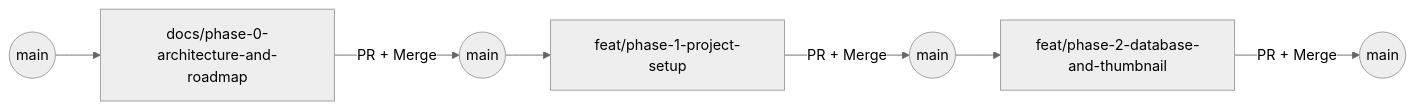
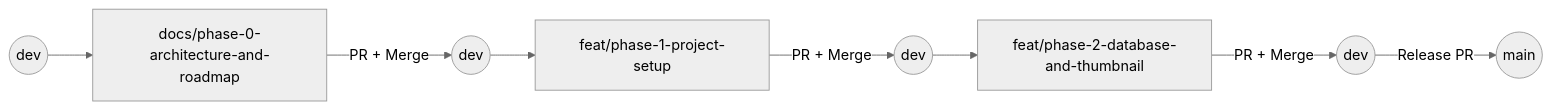
One commit to kitoku95/media-archive changed the diagram in docs/github/github-workflow-guide.md. Above: the diagram before and after it, drawn with Mermaid (neutral theme). The commit also changed other lines of this file and 1 other file, not shown here.

Commit message:
docs(arch): update git workflow to branch features from dev

````diff
--- a/docs/github/github-workflow-guide.md
+++ b/docs/github/github-workflow-guide.md
@@ -11,9 +13,10 @@
 ```mermaid
 flowchart LR
-    M0((main)) --> B0["docs/phase-0-architecture-and-roadmap"]
-    B0 -->|PR + Merge| M1((main))
-    M1 --> B1["feat/phase-1-project-setup"]
-    B1 -->|PR + Merge| M2((main))
-    M2 --> B2["feat/phase-2-database-and-thumbnail"]
-    B2 -->|PR + Merge| M3((main))
+    D0((dev)) --> B0["docs/phase-0-architecture-and-roadmap"]
+    B0 -->|PR + Merge| D1((dev))
+    D1 --> B1["feat/phase-1-project-setup"]
+    B1 -->|PR + Merge| D2((dev))
+    D2 --> B2["feat/phase-2-database-and-thumbnail"]
+    B2 -->|PR + Merge| D3((dev))
+    D3 -->|Release PR| M1((main))
 ```
````
